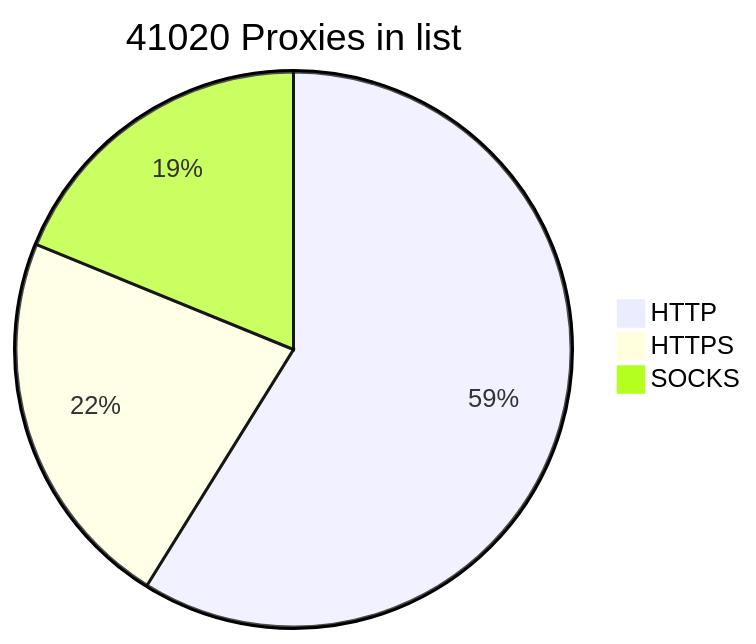
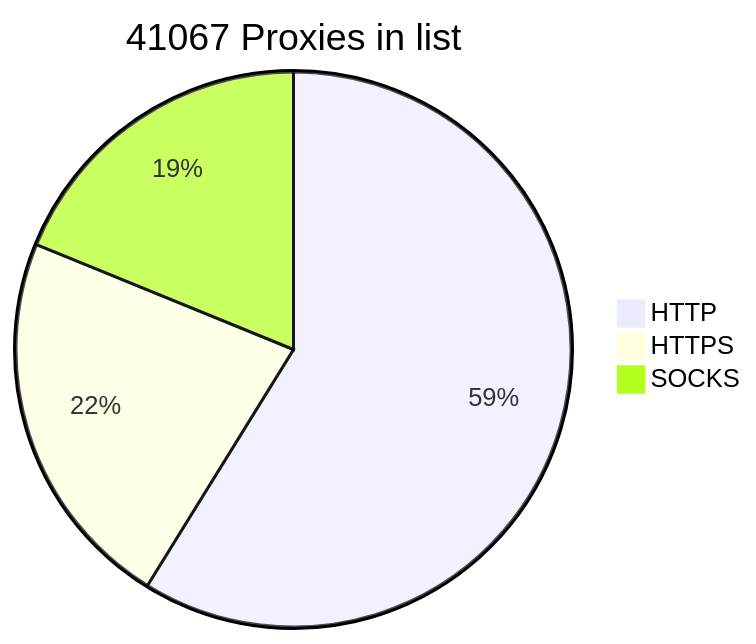
Before and after one commit to BlackSnowDot/proxylist-update-every-minute: the diagram in README.md, drawn with Mermaid.

````diff
--- a/README.md
+++ b/README.md
@@ -2,6 +2,6 @@
 ```mermaid
-pie title 41020 Proxies in list
-    "HTTP" : 28318
-    "HTTPS": 10745
-    "SOCKS" : 9059
+pie title 41067 Proxies in list
+    "HTTP" : 28342
+    "HTTPS": 10769
+    "SOCKS" : 9074
 ```
````
